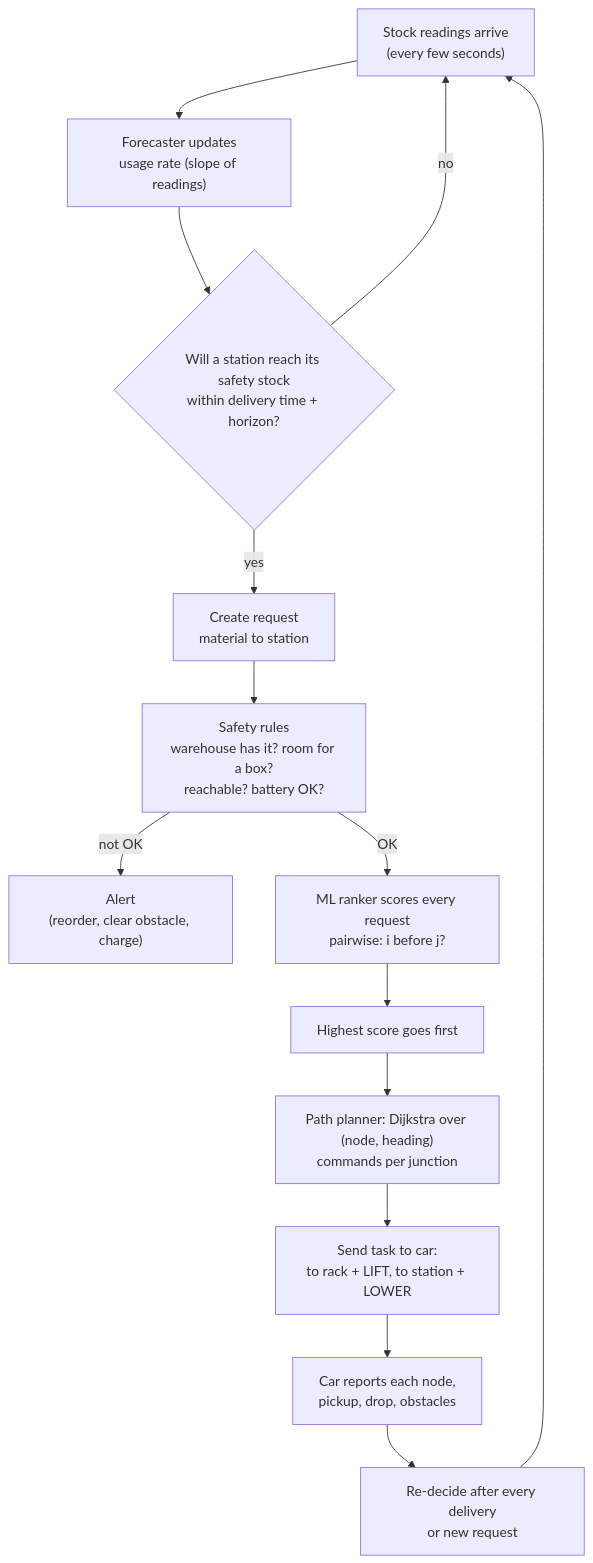
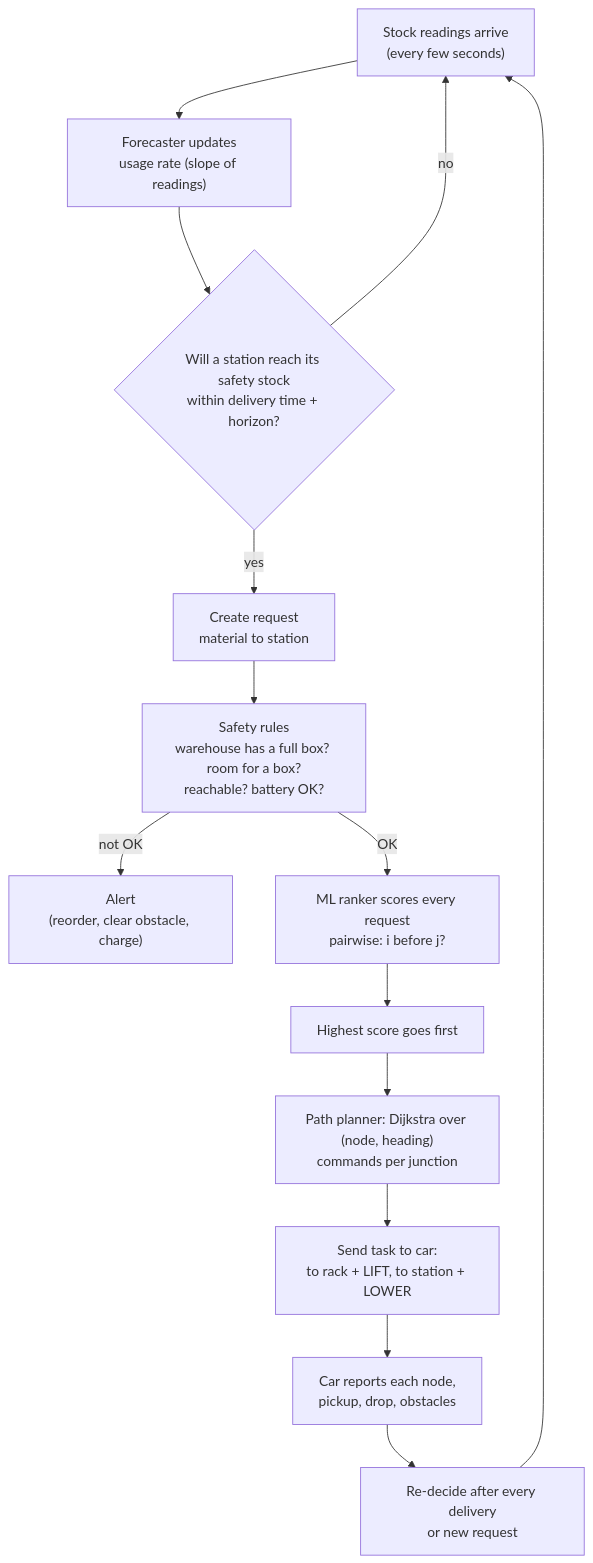
One commit to noureldinGM/Carkaroo changed the second of 4 diagrams in docs/architecture.md. Above: the diagram before and after it, drawn with Mermaid. The commit also changed 7 other files, not shown here.

First line of the commit message:
Never take a box the warehouse does not have; say why nothing is served; clearer AI score

````diff
--- a/docs/architecture.md
+++ b/docs/architecture.md
@@ -42,16 +42,16 @@
 ```mermaid
 flowchart TD
     A["Stock readings arrive<br/>(every few seconds)"] --> B["Forecaster updates<br/>usage rate (slope of readings)"]
     B --> C{"Will a station reach its safety stock<br/>within delivery time + horizon?"}
     C -- no --> A
     C -- yes --> D["Create request<br/>material to station"]
-    D --> E["Safety rules<br/>warehouse has it? room for a box?<br/>reachable? battery OK?"]
+    D --> E["Safety rules<br/>warehouse has a full box? room for a box?<br/>reachable? battery OK?"]
     E -- "not OK" --> F["Alert<br/>(reorder, clear obstacle, charge)"]
     E -- OK --> G["ML ranker scores every request<br/>pairwise: i before j?"]
     G --> H["Highest score goes first"]
     H --> I["Path planner: Dijkstra over (node, heading)<br/>commands per junction"]
     I --> J["Send task to car:<br/>to rack + LIFT, to station + LOWER"]
     J --> K["Car reports each node,<br/>pickup, drop, obstacles"]
     K --> L["Re-decide after every delivery<br/>or new request"]
     L --> A
 ```
````
